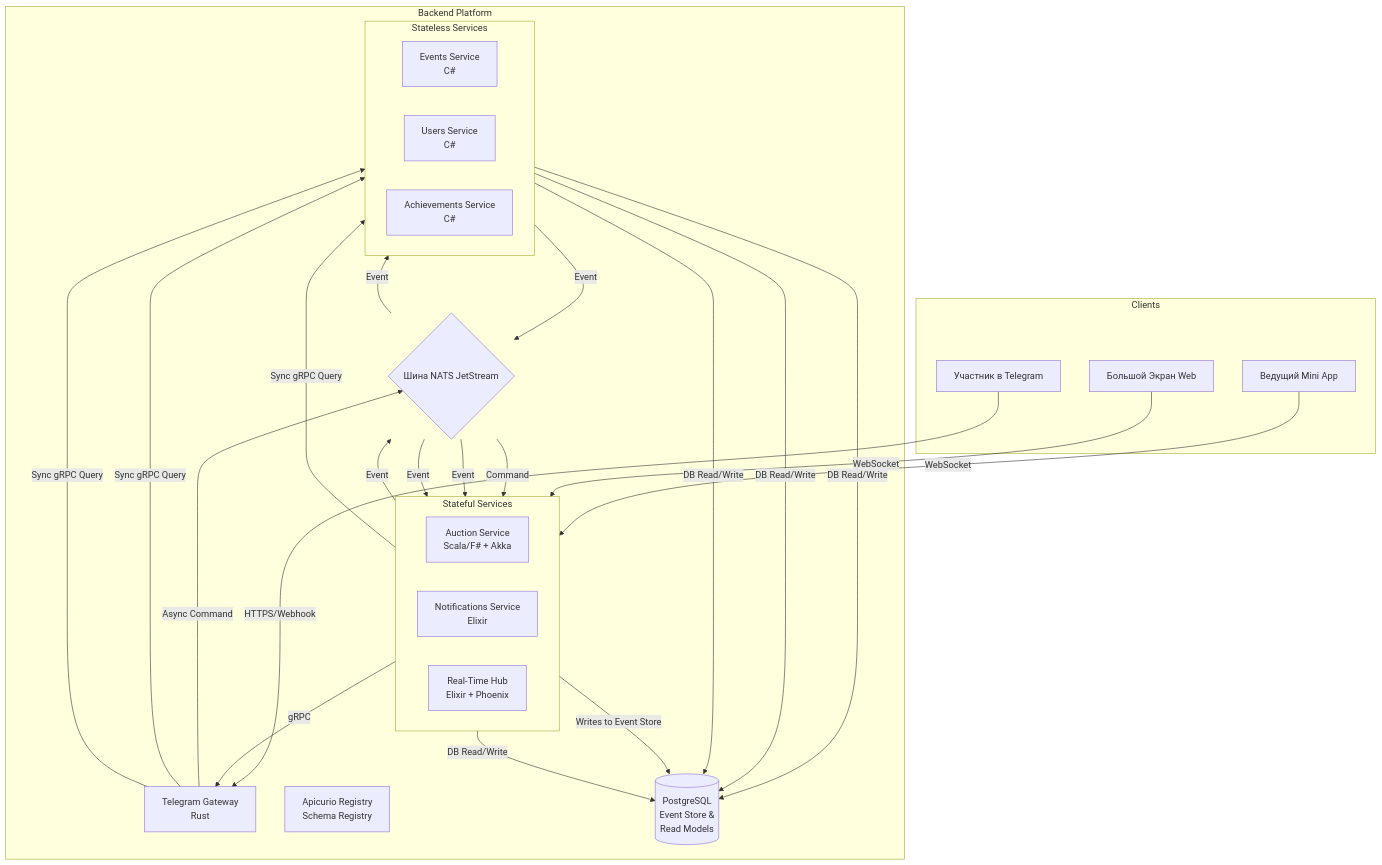
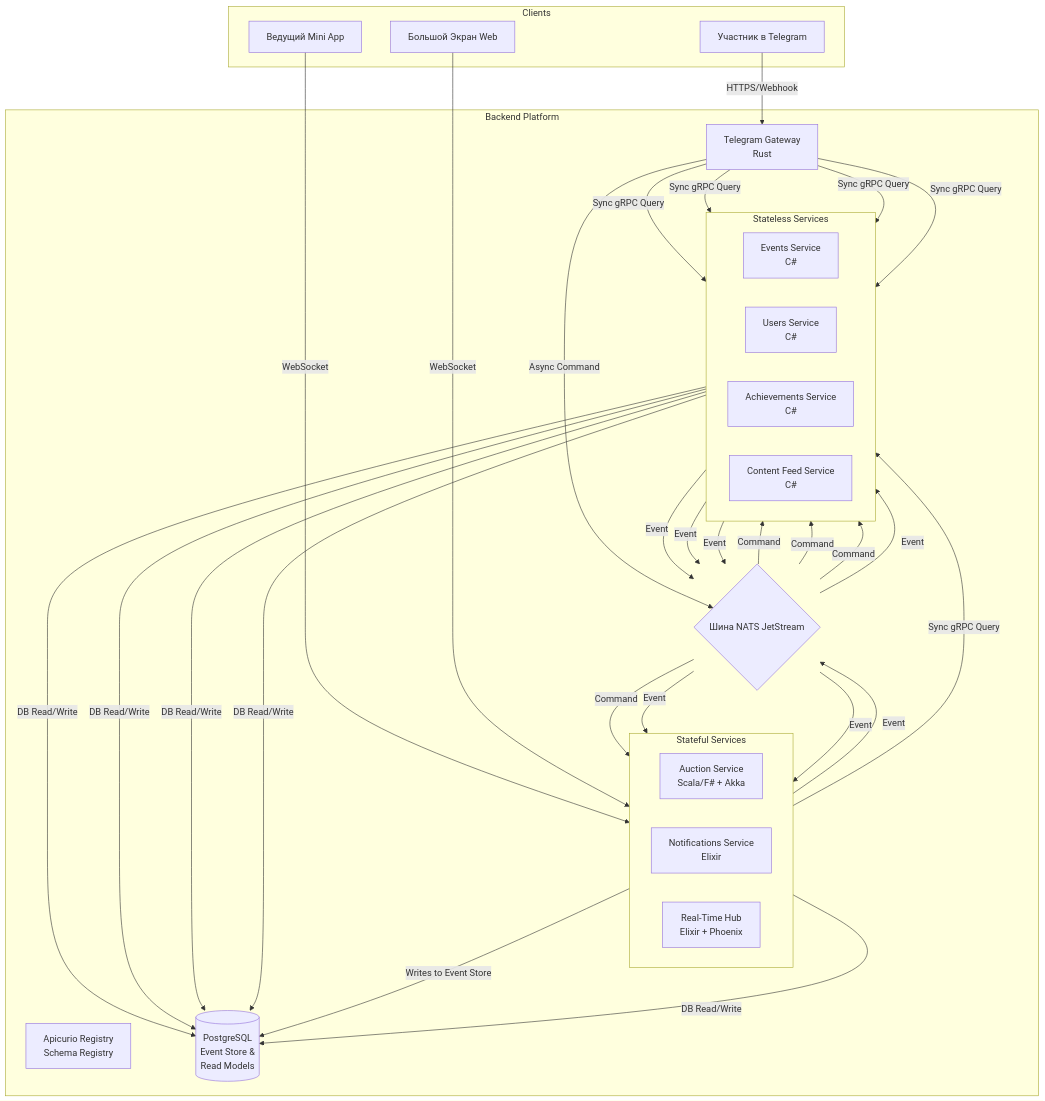
The diagram in docs/01_ARCHITECTURE/architechture.md (Solguficky/solguficky-hub), drawn with Mermaid before and after one commit. The commit also changed other lines of this file and 6 other files, not shown here.

````diff
--- a/docs/01_ARCHITECTURE/architechture.md
+++ b/docs/01_ARCHITECTURE/architechture.md
@@ -7,61 +7,68 @@
 ```mermaid
 graph TD
     subgraph Clients
         User[Участник в Telegram]
         Admin[Ведущий Mini App]
         Screen[Большой Экран Web]
     end
 
     subgraph Backend Platform
         Gateway[Telegram Gateway<br/>Rust]
         Bus{Шина NATS JetStream}
         Registry[Apicurio Registry<br/>Schema Registry]
 
         subgraph Stateful Services
             direction LR
             Auction[Auction Service<br/>Scala/F# + Akka]
             Notifications[Notifications Service<br/>Elixir]
             Realtime[Real-Time Hub<br/>Elixir + Phoenix]
         end
         
         subgraph Stateless Services
             direction LR
             Events[Events Service<br/>C#]
             Users[Users Service<br/>C#]
             Achievements[Achievements Service<br/>C#]
+            ContentFeed[Content Feed Service<br/>C#]
         end
         
         DB[(PostgreSQL<br/>Event Store &<br/>Read Models)]
     end
 
     %% Client Connections
     User -- HTTPS/Webhook --> Gateway
     Admin -- WebSocket --> Realtime
     Screen -- WebSocket --> Realtime
 
     %% Gateway Interactions
     Gateway -- Async Command --> Bus
     Gateway -- Sync gRPC Query --> Events
     Gateway -- Sync gRPC Query --> Users
+    Gateway -- Sync gRPC Query --> Achievements
+    Gateway -- Sync gRPC Query --> ContentFeed
     
     %% Event Bus Choreography
     Bus -- Command --> Auction
+    Bus -- Command --> Events
+    Bus -- Command --> Users
+    Bus -- Command --> ContentFeed
     
     Auction -- Event --> Bus
     Users -- Event --> Bus
+    Events -- Event --> Bus
+    ContentFeed -- Event --> Bus
     
     Bus -- Event --> Notifications
     Bus -- Event --> Achievements
     Bus -- Event --> Realtime
 
     %% Service-to-Service & DB Interactions
     Auction -- Sync gRPC Query --> Events
     
     Auction -- Writes to Event Store --> DB
     Notifications -- DB Read/Write --> DB
     Events -- DB Read/Write --> DB
     Users -- DB Read/Write --> DB
     Achievements -- DB Read/Write --> DB
-    
-    Realtime -- gRPC --> Gateway
+    ContentFeed -- DB Read/Write --> DB
 ```
````
